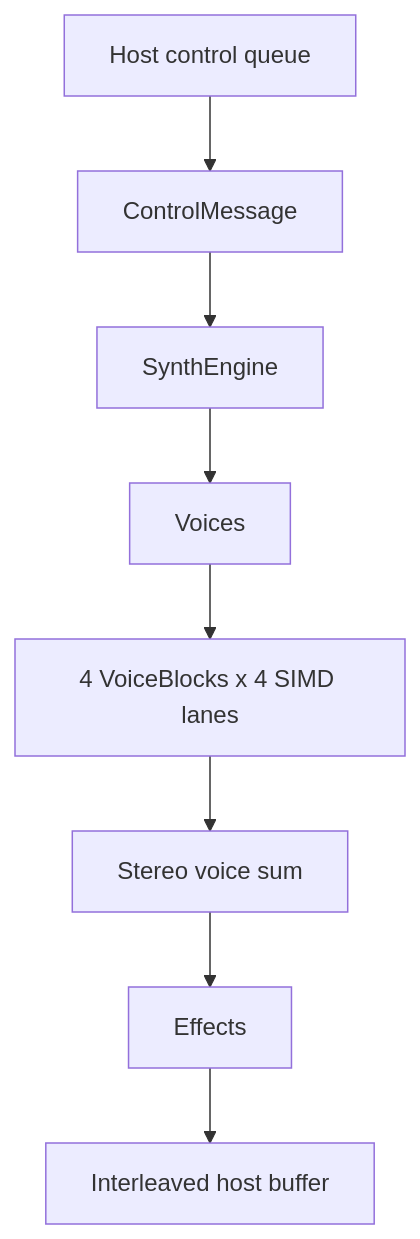
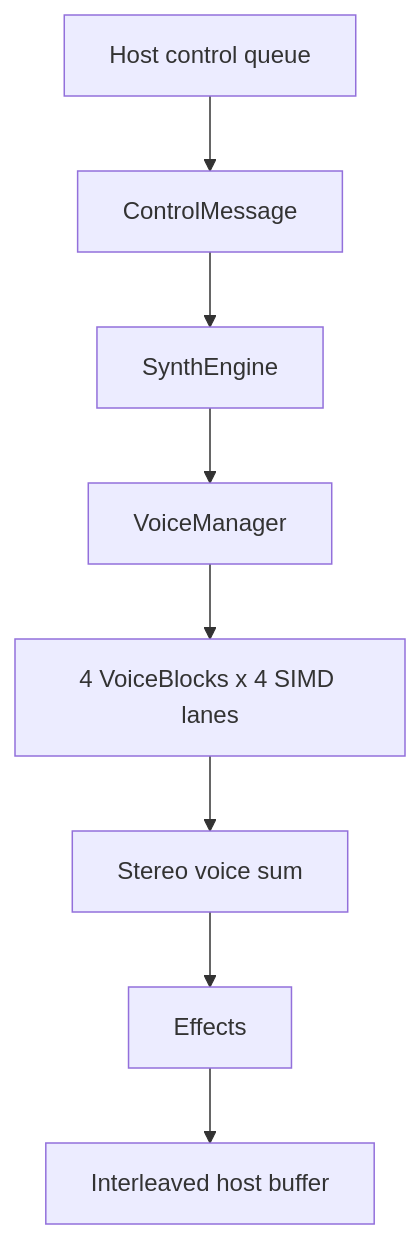
The first of 2 diagrams in docs/src/sdk/engine-architecture.md (chris-zen/noctum-synth), drawn with Mermaid before and after one commit. The commit also changed other lines of this file and 76 other files, not shown here.

````diff
--- a/docs/src/sdk/engine-architecture.md
+++ b/docs/src/sdk/engine-architecture.md
@@ -12,19 +12,19 @@
 ```mermaid
 flowchart TD
     Host["Host control queue"]
     Control["ControlMessage"]
     Engine["SynthEngine"]
-    Voices["Voices"]
+    VoiceManager["VoiceManager"]
     Blocks["4 VoiceBlocks x 4 SIMD lanes"]
     Sum["Stereo voice sum"]
     FX["Effects"]
     Output["Interleaved host buffer"]
 
     Host --> Control
     Control --> Engine
-    Engine --> Voices
-    Voices --> Blocks
+    Engine --> VoiceManager
+    VoiceManager --> Blocks
     Blocks --> Sum
     Sum --> FX
     FX --> Output
 ```
````
